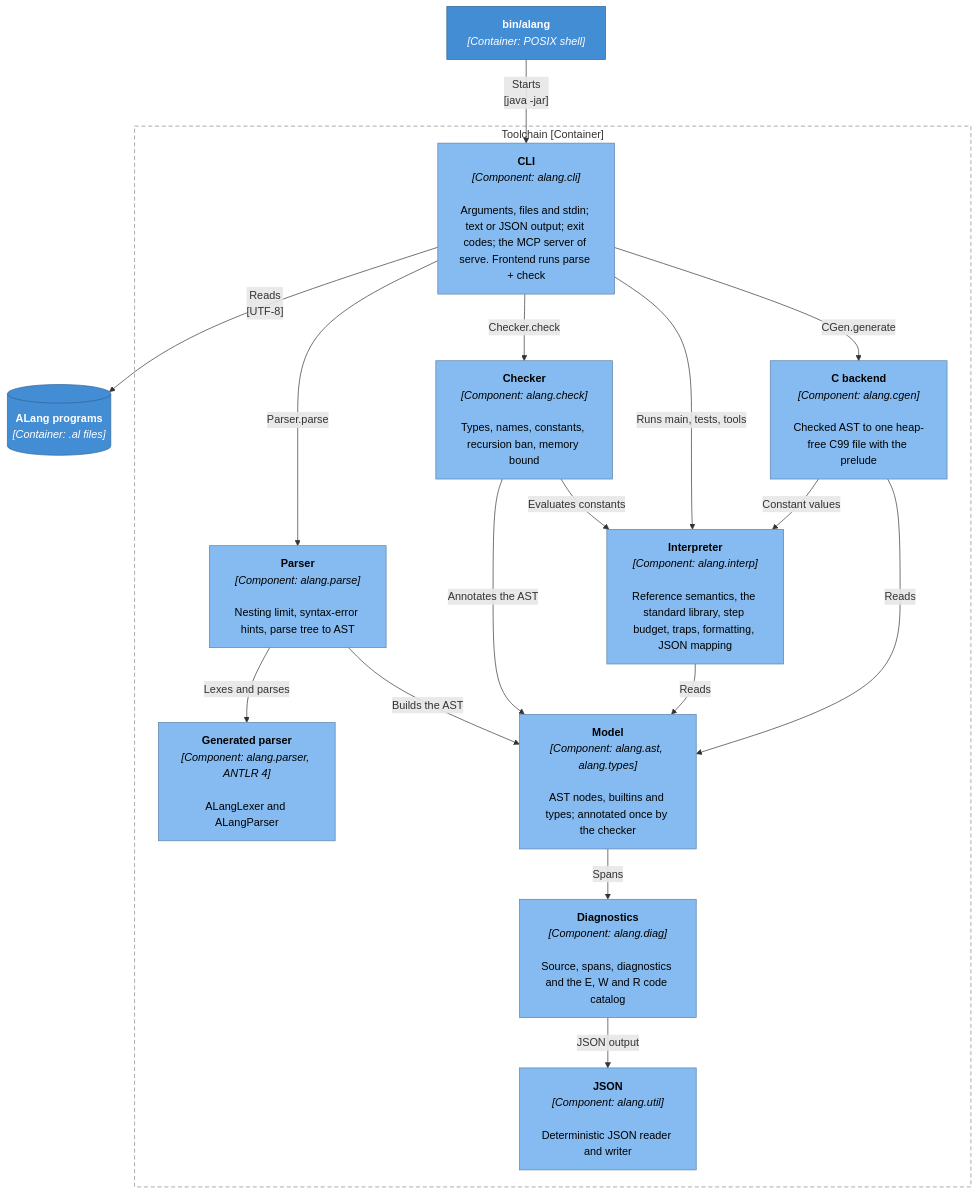
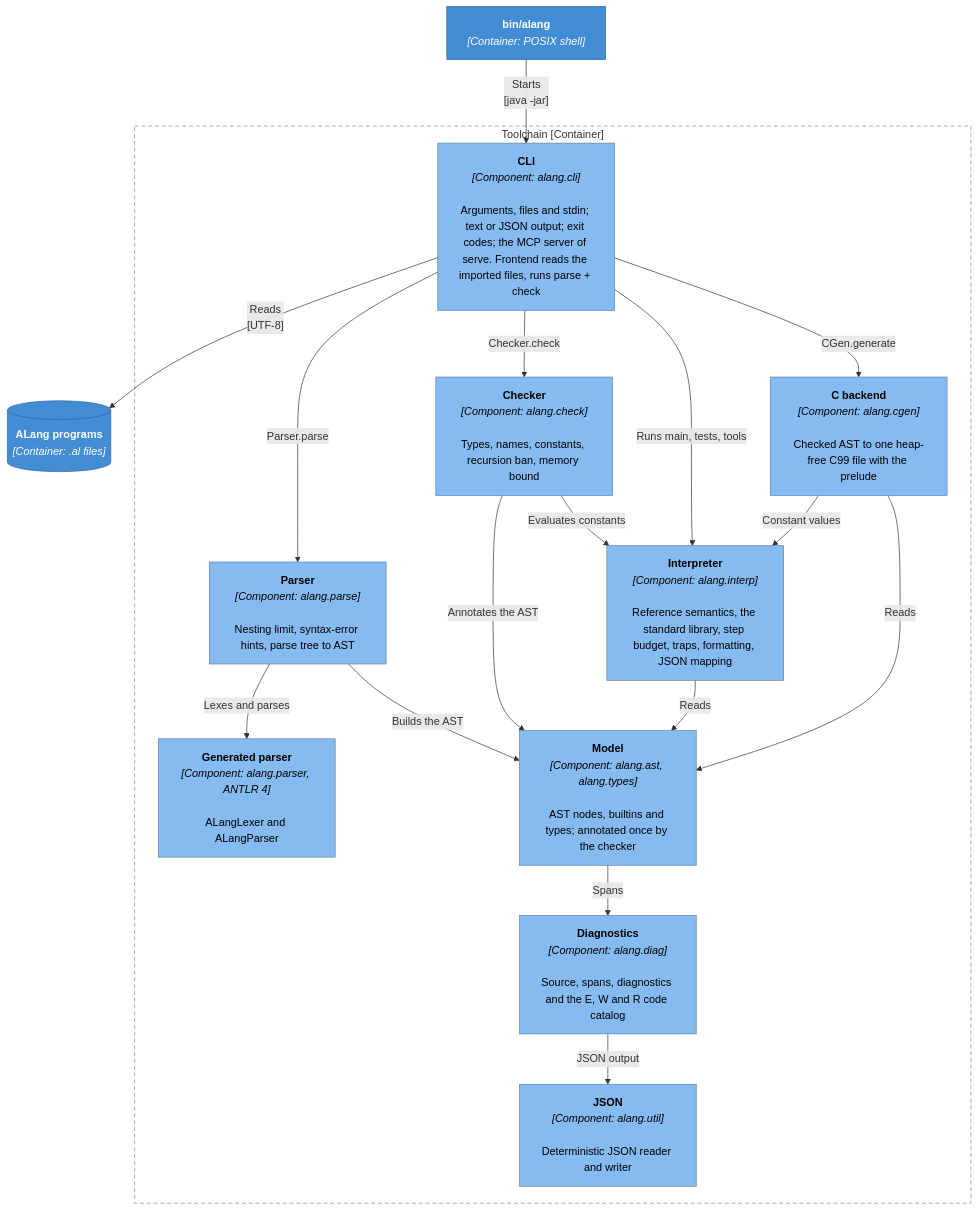
Before and after one commit to adamw7/alang: the third of 4 diagrams in docs/ARCHITECTURE.md, drawn with Mermaid. The commit also changed other lines of this file and 86 other files, not shown here.

````diff
--- a/docs/ARCHITECTURE.md
+++ b/docs/ARCHITECTURE.md
@@ -93,39 +94,39 @@
 ```mermaid
 flowchart TB
     launcher["<b>bin/alang</b><br/><i>[Container: POSIX shell]</i>"]
     programs[("<b>ALang programs</b><br/><i>[Container: .al files]</i>")]
 
     subgraph jar ["Toolchain [Container]"]
-        cli["<b>CLI</b><br/><i>[Component: alang.cli]</i><br/><br/>Arguments, files and stdin; text or JSON output; exit codes; the MCP server of serve. Frontend runs parse + check"]
+        cli["<b>CLI</b><br/><i>[Component: alang.cli]</i><br/><br/>Arguments, files and stdin; text or JSON output; exit codes; the MCP server of serve. Frontend reads the imported files, runs parse + check"]
         parse["<b>Parser</b><br/><i>[Component: alang.parse]</i><br/><br/>Nesting limit, syntax-error hints, parse tree to AST"]
         check["<b>Checker</b><br/><i>[Component: alang.check]</i><br/><br/>Types, names, constants, recursion ban, memory bound"]
         interp["<b>Interpreter</b><br/><i>[Component: alang.interp]</i><br/><br/>Reference semantics, the standard library, step budget, traps, formatting, JSON mapping"]
         cgen["<b>C backend</b><br/><i>[Component: alang.cgen]</i><br/><br/>Checked AST to one heap-free C99 file with the prelude"]
         gen["<b>Generated parser</b><br/><i>[Component: alang.parser, ANTLR 4]</i><br/><br/>ALangLexer and ALangParser"]
         model["<b>Model</b><br/><i>[Component: alang.ast, alang.types]</i><br/><br/>AST nodes, builtins and types; annotated once by the checker"]
         diag["<b>Diagnostics</b><br/><i>[Component: alang.diag]</i><br/><br/>Source, spans, diagnostics and the E, W and R code catalog"]
         util["<b>JSON</b><br/><i>[Component: alang.util]</i><br/><br/>Deterministic JSON reader and writer"]
     end
 
     launcher -- "Starts<br/>[java -jar]" --> cli
     cli -- "Reads<br/>[UTF-8]" --> programs
     cli -- "Parser.parse" --> parse
     cli -- "Checker.check" --> check
     cli -- "Runs main, tests, tools" --> interp
     cli -- "CGen.generate" --> cgen
     parse -- "Lexes and parses" --> gen
     parse -- "Builds the AST" --> model
     check -- "Annotates the AST" --> model
     check -- "Evaluates constants" --> interp
     cgen -- "Constant values" --> interp
     cgen -- "Reads" --> model
     interp -- "Reads" --> model
     model -- "Spans" --> diag
     diag -- "JSON output" --> util
 
     classDef container fill:#438dd5,stroke:#2e6295,color:#fff
     classDef component fill:#85bbf0,stroke:#5d82a8,color:#000
     class launcher,programs container
     class cli,parse,check,interp,cgen,gen,model,diag,util component
     style jar fill:none,stroke:#888,stroke-dasharray:6 4
 ```
````
